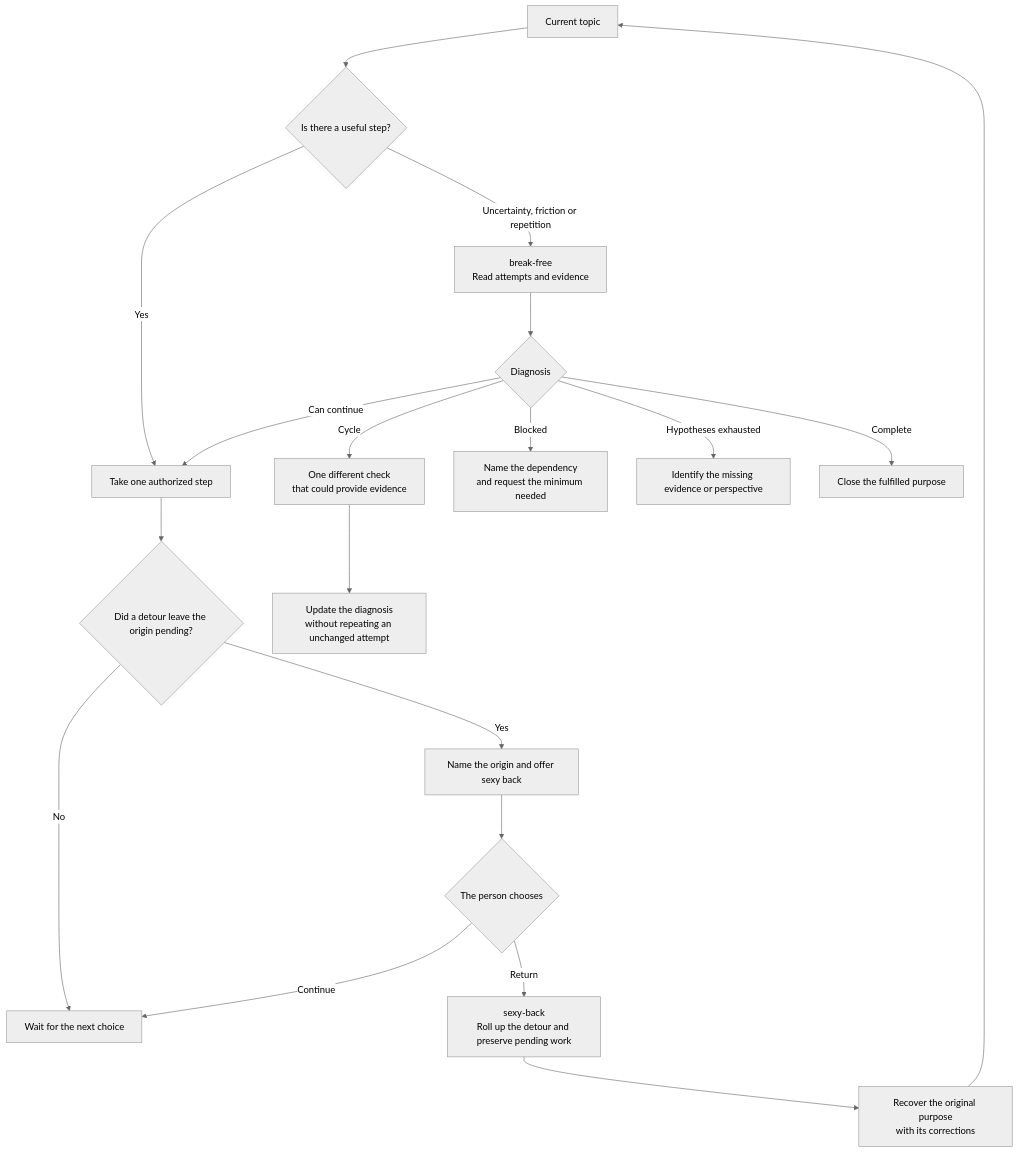
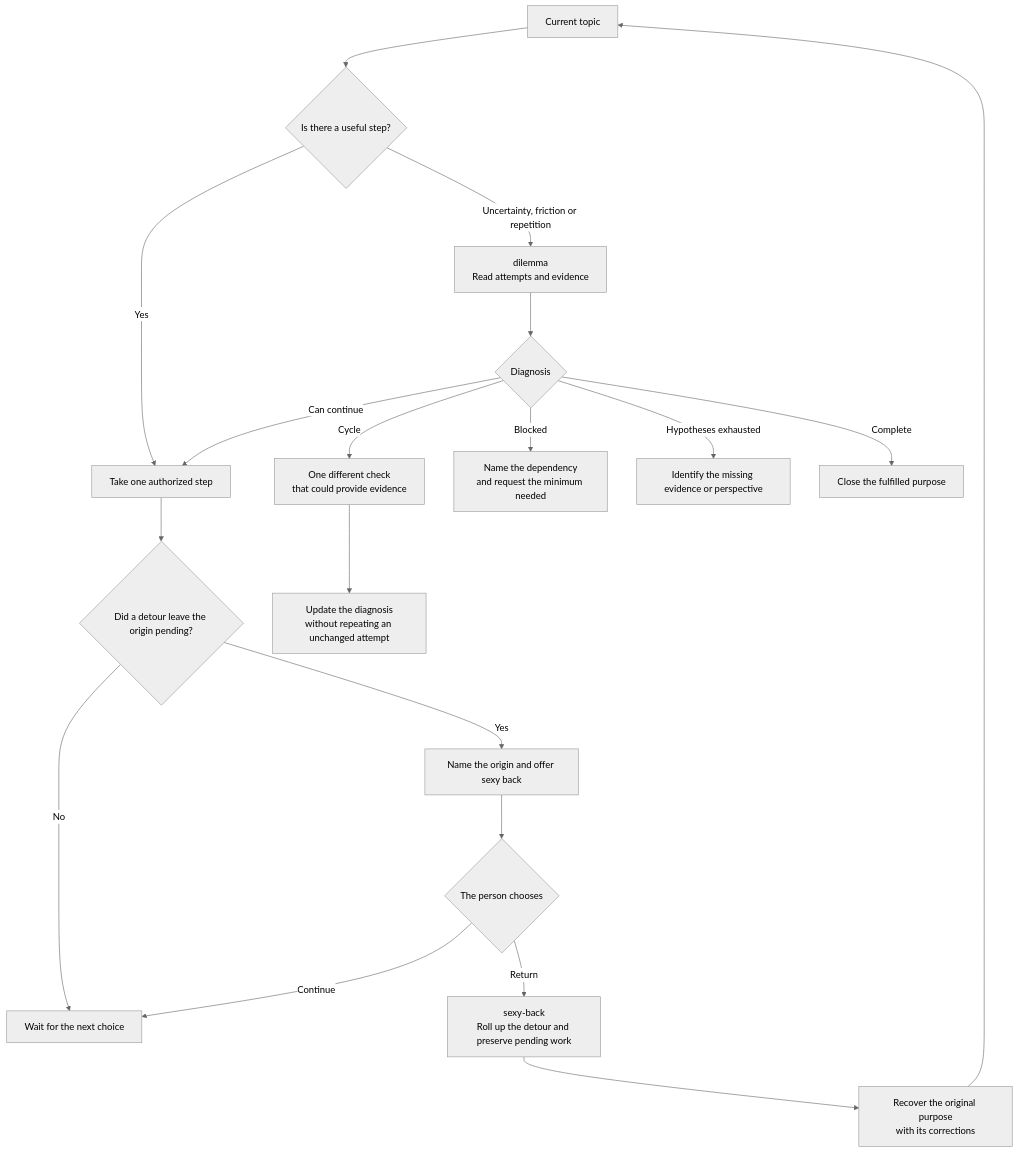
The eighth of 11 diagrams in docs/presentation.en.md (cangrejometralleta/OneTwoThree), drawn with Mermaid (neutral theme) before and after one commit. The commit also changed other lines of this file and 10 other files, not shown here.

````diff
--- a/docs/presentation.en.md
+++ b/docs/presentation.en.md
@@ -270,21 +270,21 @@
 ```mermaid
 flowchart TD
     CURRENT["Current topic"] --> CHECK{"Is there a useful step?"}
     CHECK -- Yes --> STEP["Take one authorized step"]
-    CHECK -- "Uncertainty, friction or repetition" --> UNBLOCK["break-free<br/>Read attempts and evidence"]
+    CHECK -- "Uncertainty, friction or repetition" --> UNBLOCK["dilemma<br/>Read attempts and evidence"]
     UNBLOCK --> STATE{"Diagnosis"}
     STATE -- "Can continue" --> STEP
     STATE -- Cycle --> OBSERVE["One different check<br/>that could provide evidence"]
     OBSERVE --> RESULT["Update the diagnosis<br/>without repeating an unchanged attempt"]
     STATE -- Blocked --> NEED["Name the dependency<br/>and request the minimum needed"]
     STATE -- "Hypotheses exhausted" --> HELP["Identify the missing evidence or perspective"]
     STATE -- Complete --> DONE["Close the fulfilled purpose"]
     STEP --> RETURN{"Did a detour leave the origin pending?"}
     RETURN -- No --> WAIT["Wait for the next choice"]
     RETURN -- Yes --> OFFER["Name the origin and offer sexy back"]
     OFFER --> CHOICE{"The person chooses"}
     CHOICE -- Continue --> WAIT
     CHOICE -- Return --> ROLL["sexy-back<br/>Roll up the detour and preserve pending work"]
     ROLL --> ORIGIN["Recover the original purpose<br/>with its corrections"]
     ORIGIN --> CURRENT
 ```
````
